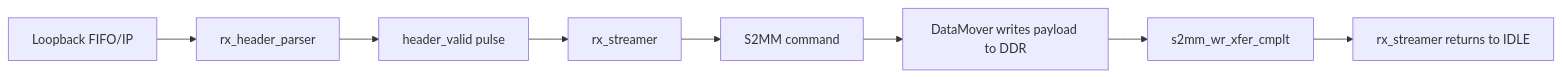
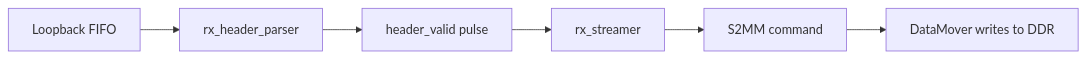
The second of 3 diagrams in docs/project/RDMA_logic/ch3_hardware_architecture.md (tolgakuntman/rdma-hw-pipeline), drawn with Mermaid before and after one commit. The commit also changed other lines of this file and 13 other files, not shown here.

````diff
--- a/docs/project/RDMA_logic/ch3_hardware_architecture.md
+++ b/docs/project/RDMA_logic/ch3_hardware_architecture.md
@@ -290,10 +451,8 @@
 ```mermaid
 graph LR
-	A[Loopback FIFO/IP] --> B[rx_header_parser]
-	B --> C[header_valid pulse]
-	C --> D[rx_streamer]
-	D --> E[S2MM command]
-	E --> F[DataMover writes payload to DDR]
-	F --> G[s2mm_wr_xfer_cmplt]
-	G --> H[rx_streamer returns to IDLE]
+    A[Loopback FIFO] --> B[rx_header_parser]
+    B --> C[header_valid pulse]
+    C --> D[rx_streamer]
+    D --> E[S2MM command]
+    E --> F[DataMover writes to DDR]
 ```
````
